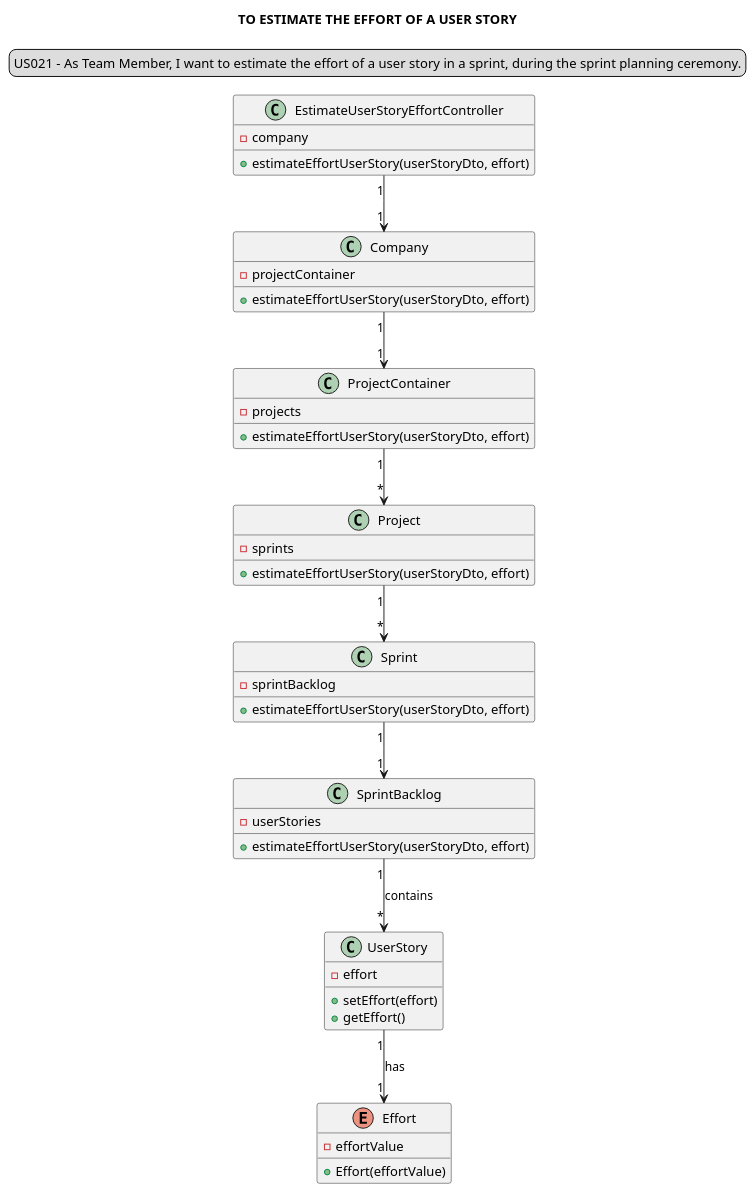
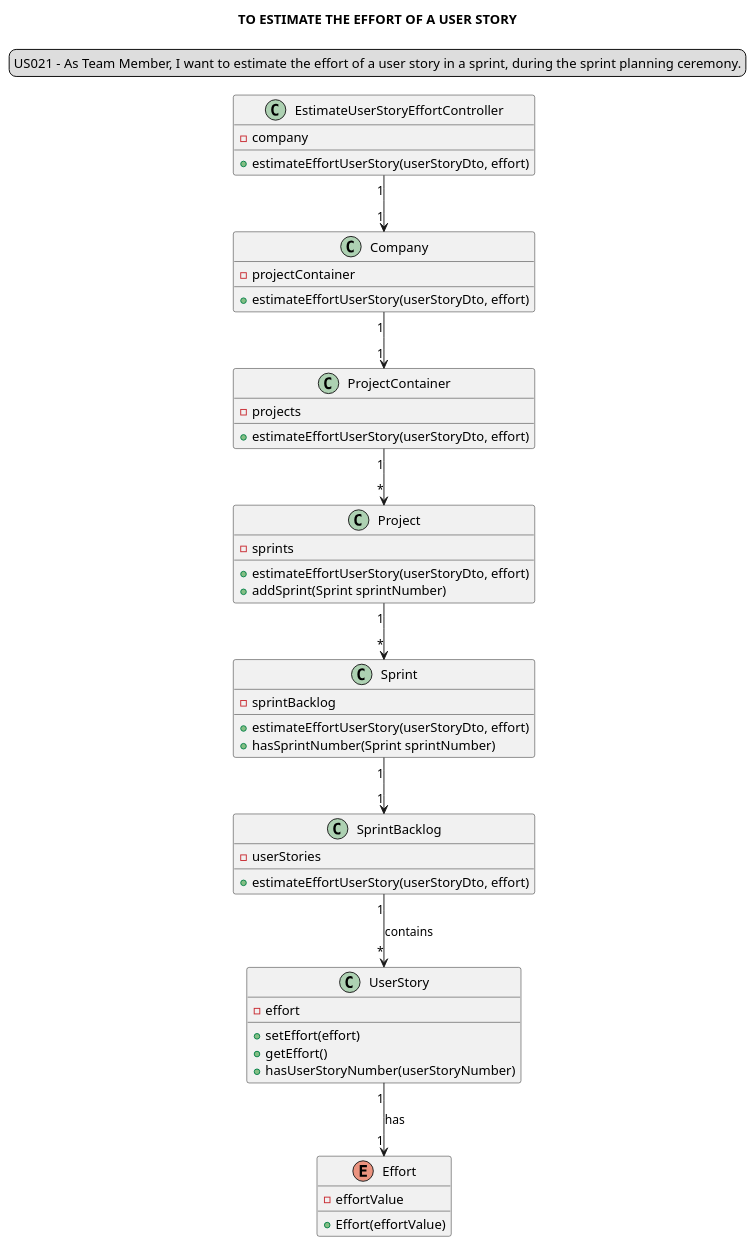
Before and after one commit to Loracline/project_switch_22-23: the diagram in docs/modelling_design/user_stories/sprint03/us021/US021_classDiagram.puml, drawn with PlantUML. The commit also changed 2 other files, not shown here.

Commit message:
US021 : Development : Updated classes SprintTest, SprintBacklogTest and US021_classDiagram.puml references #113, references #114, references #115

```diff
--- a/docs/modelling_design/user_stories/sprint03/us021/US021_classDiagram.puml
+++ b/docs/modelling_design/user_stories/sprint03/us021/US021_classDiagram.puml
@@ -1,51 +1,54 @@
 @startuml
 'https://plantuml.com/sequence-diagram
 title TO ESTIMATE THE EFFORT OF A USER STORY
 legend top
 US021 - As Team Member, I want to estimate the effort of a user story in a sprint, during the sprint planning ceremony.
 end legend
 skinparam sequenceMessageAlign center
 
 class "EstimateUserStoryEffortController" {
 - company
 + estimateEffortUserStory(userStoryDto, effort)
 }
 
 class "Company" {
 - projectContainer
 + estimateEffortUserStory(userStoryDto, effort)
 }
 class "ProjectContainer" {
 - projects
 + estimateEffortUserStory(userStoryDto, effort)
 }
 class "Project"{
 - sprints
 + estimateEffortUserStory(userStoryDto, effort)
++ addSprint(Sprint sprintNumber)
 }
 class "Sprint"{
 - sprintBacklog
 + estimateEffortUserStory(userStoryDto, effort)
++ hasSprintNumber(Sprint sprintNumber)
 }
 class "SprintBacklog" {
 - userStories
 + estimateEffortUserStory(userStoryDto, effort)
 }
 class "UserStory"{
 - effort
 + setEffort(effort)
 + getEffort()
++ hasUserStoryNumber(userStoryNumber)
 }
 enum "Effort"{
 - effortValue
 + Effort(effortValue)
 }
 
 "EstimateUserStoryEffortController" "1" --> "1" "Company"
 "Company" "1" --> "1" "ProjectContainer"
 "ProjectContainer" "1" --> "*" "Project"
 "Project" "1" --> "*" "Sprint"
 "Sprint" "1" --> "1" "SprintBacklog"
 "SprintBacklog" "1" --> "*" "UserStory" : contains
 "UserStory" "1" --> "1" "Effort" : has
 @enduml
```
